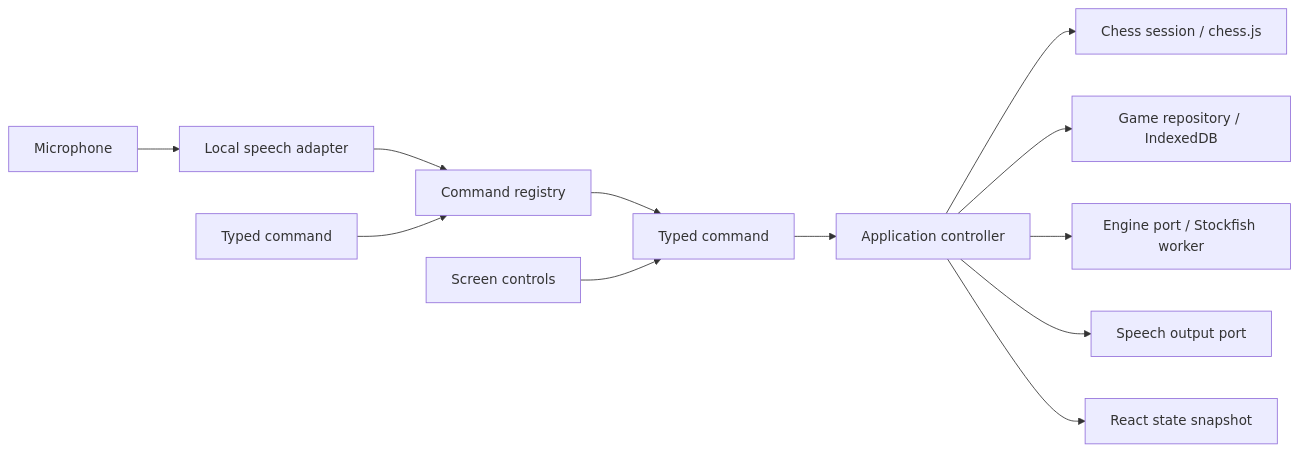
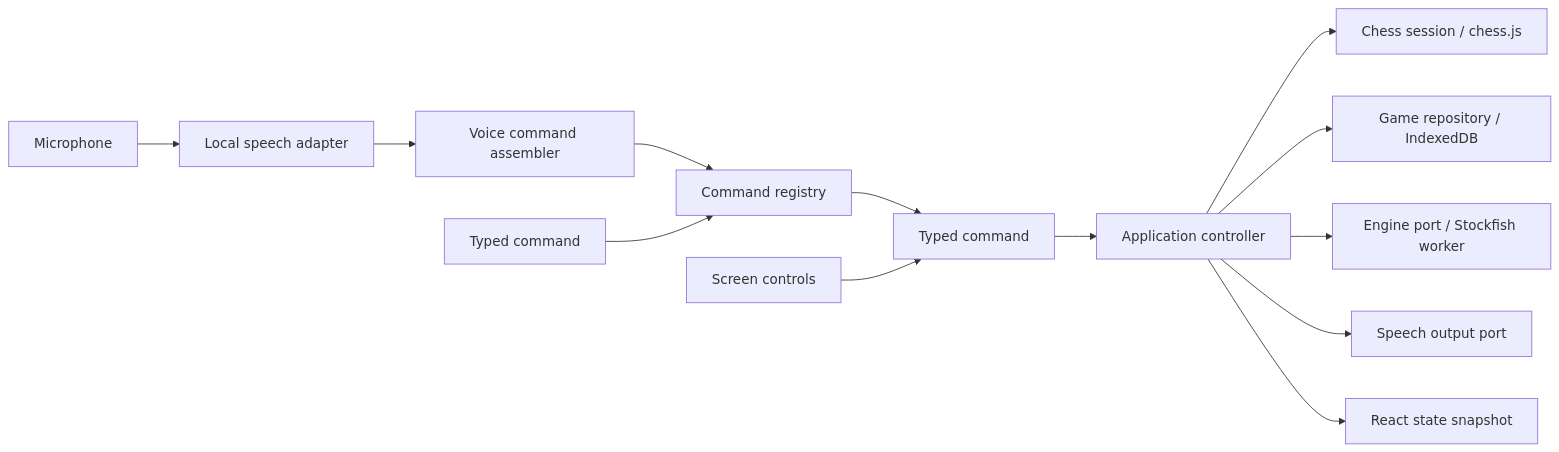
The diagram in docs/ARCHITECTURE.md (Eaglewolf13/blindchess), drawn with Mermaid before and after one commit. The commit also changed other lines of this file and 21 other files, not shown here.

````diff
--- a/docs/ARCHITECTURE.md
+++ b/docs/ARCHITECTURE.md
@@ -5,14 +5,15 @@
 ```mermaid
 flowchart LR
   Mic[Microphone] --> Vosk[Local speech adapter]
-  Vosk --> Parser[Command registry]
+  Vosk --> Slots[Voice command assembler]
+  Slots --> Parser[Command registry]
   Text[Typed command] --> Parser
   Parser --> Command[Typed command]
   Buttons[Screen controls] --> Command
   Command --> Controller[Application controller]
   Controller --> Rules[Chess session / chess.js]
   Controller --> Storage[Game repository / IndexedDB]
   Controller --> Engine[Engine port / Stockfish worker]
   Controller --> Speech[Speech output port]
   Controller --> View[React state snapshot]
 ```
````
